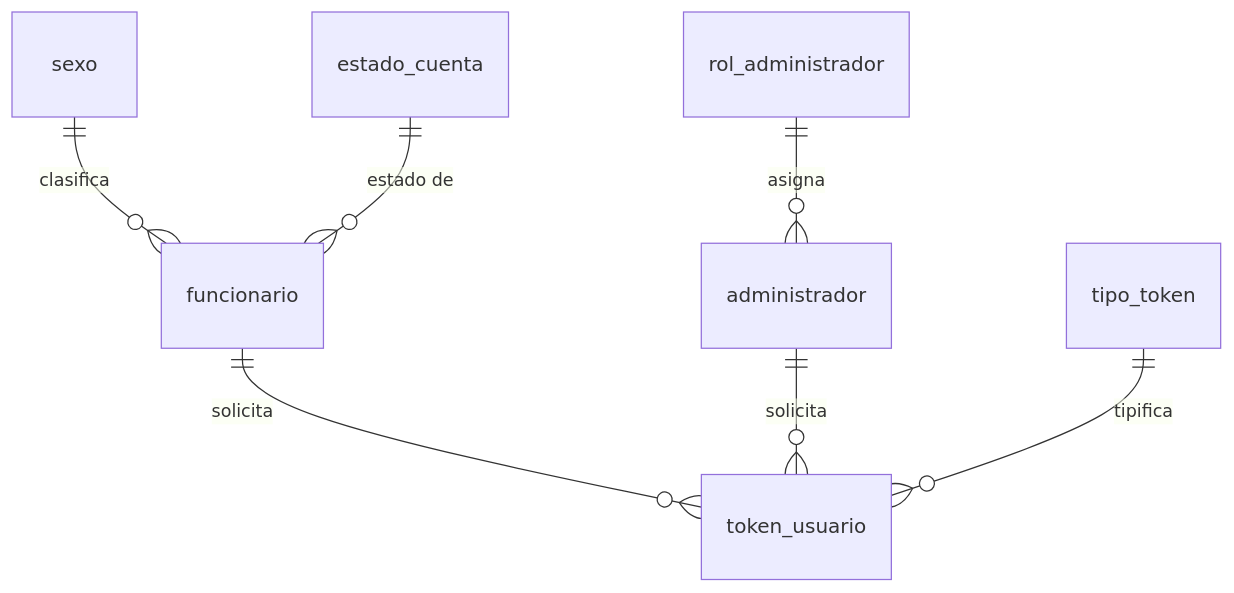
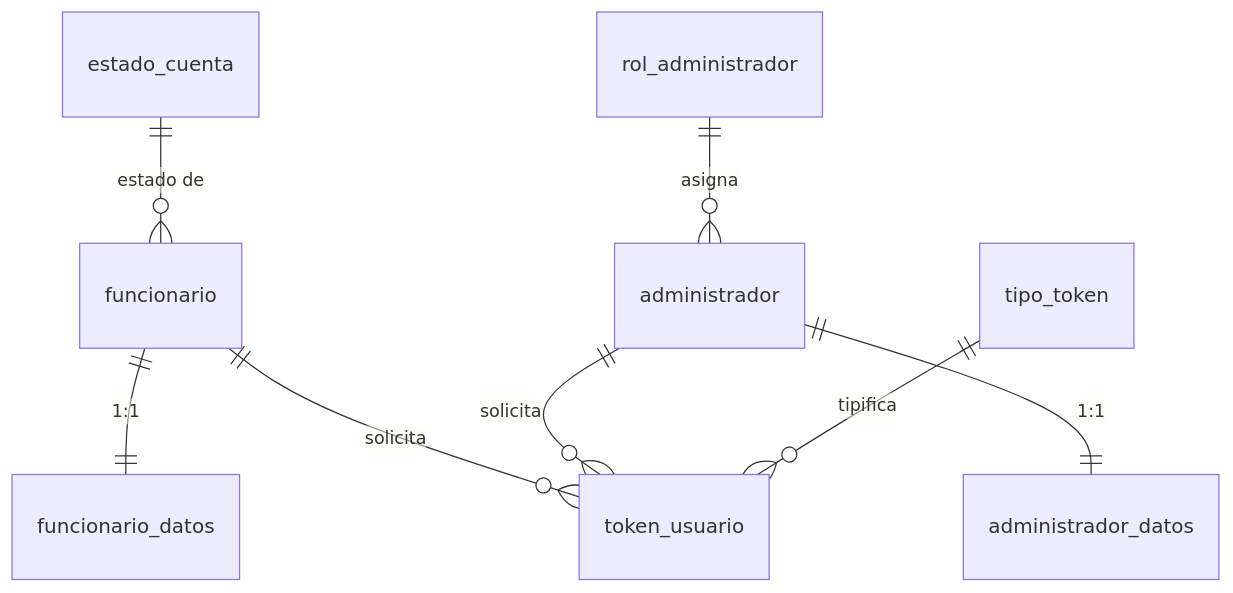
The diagram in docs/modelo-conceptual.md (LeoAlonso01/base-de-datos-declaranet), drawn with Mermaid before and after one commit. The commit also changed other lines of this file and 5 other files, not shown here.

````diff
--- a/docs/modelo-conceptual.md
+++ b/docs/modelo-conceptual.md
@@ -88,9 +112,10 @@
 ```mermaid
 erDiagram
+    funcionario ||--|| funcionario_datos : "1:1"
+    administrador ||--|| administrador_datos : "1:1"
     funcionario ||--o{ token_usuario : solicita
     administrador ||--o{ token_usuario : solicita
-    sexo ||--o{ funcionario : clasifica
     estado_cuenta ||--o{ funcionario : "estado de"
     rol_administrador ||--o{ administrador : asigna
     tipo_token ||--o{ token_usuario : tipifica
 ```
````
